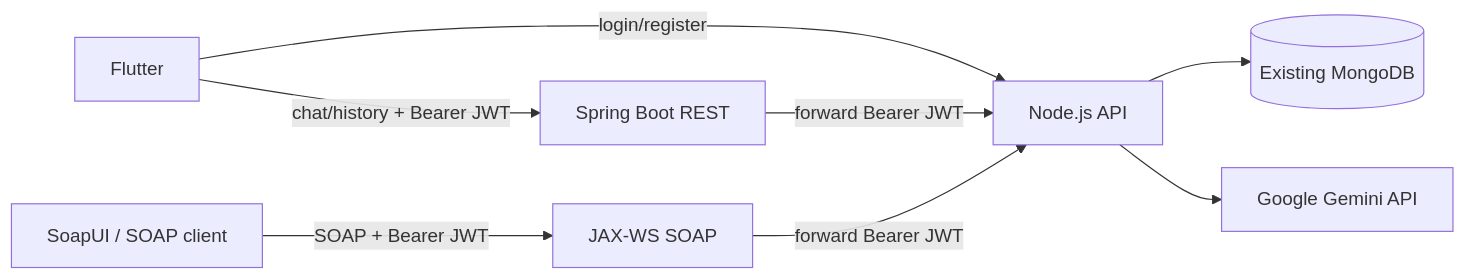
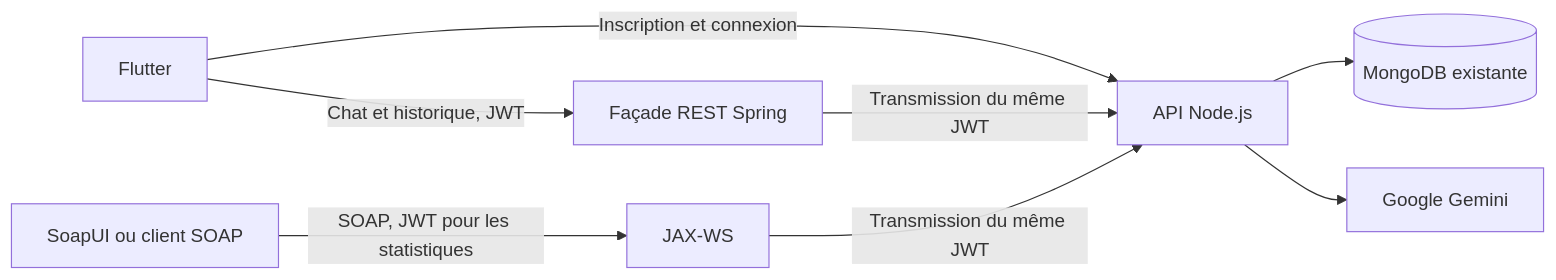
The diagram in README.md (wess4sec/E7KILI), drawn with Mermaid before and after one commit. The commit also changed other lines of this file and 20 other files, not shown here.

````diff
--- a/README.md
+++ b/README.md
@@ -61,10 +47,10 @@
 ```mermaid
 flowchart LR
-  Flutter -->|login/register| Node[Node.js API]
-  Flutter -->|chat/history + Bearer JWT| Spring[Spring Boot REST]
-  Spring -->|forward Bearer JWT| Node
-  SoapClient[SoapUI / SOAP client] -->|SOAP + Bearer JWT| SOAP[JAX-WS SOAP]
-  SOAP -->|forward Bearer JWT| Node
-  Node --> Mongo[(Existing MongoDB)]
-  Node --> Gemini[Google Gemini API]
+  Flutter -->|Inscription et connexion| Node[API Node.js]
+  Flutter -->|Chat et historique, JWT| Spring[Façade REST Spring]
+  Spring -->|Transmission du même JWT| Node
+  ClientSOAP[SoapUI ou client SOAP] -->|SOAP, JWT pour les statistiques| SOAP[JAX-WS]
+  SOAP -->|Transmission du même JWT| Node
+  Node --> Mongo[(MongoDB existante)]
+  Node --> Gemini[Google Gemini]
 ```
````
